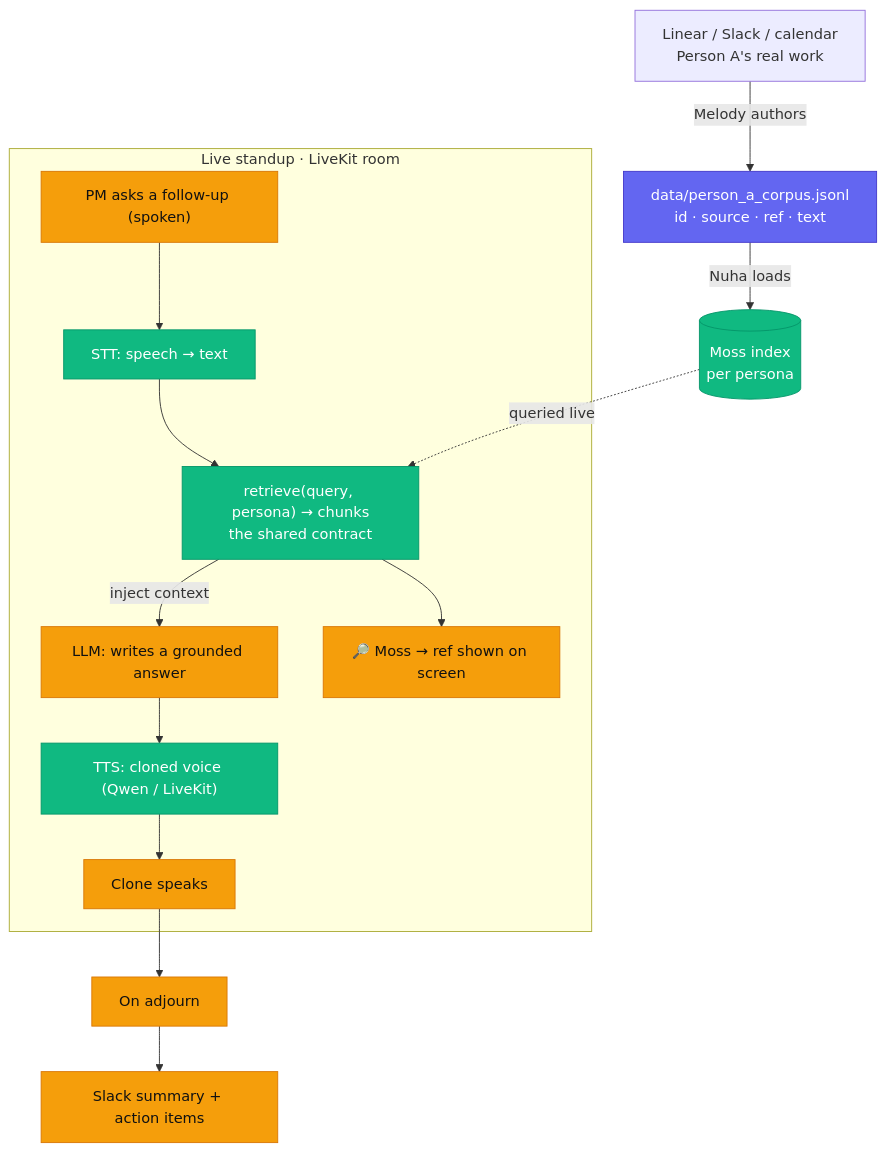
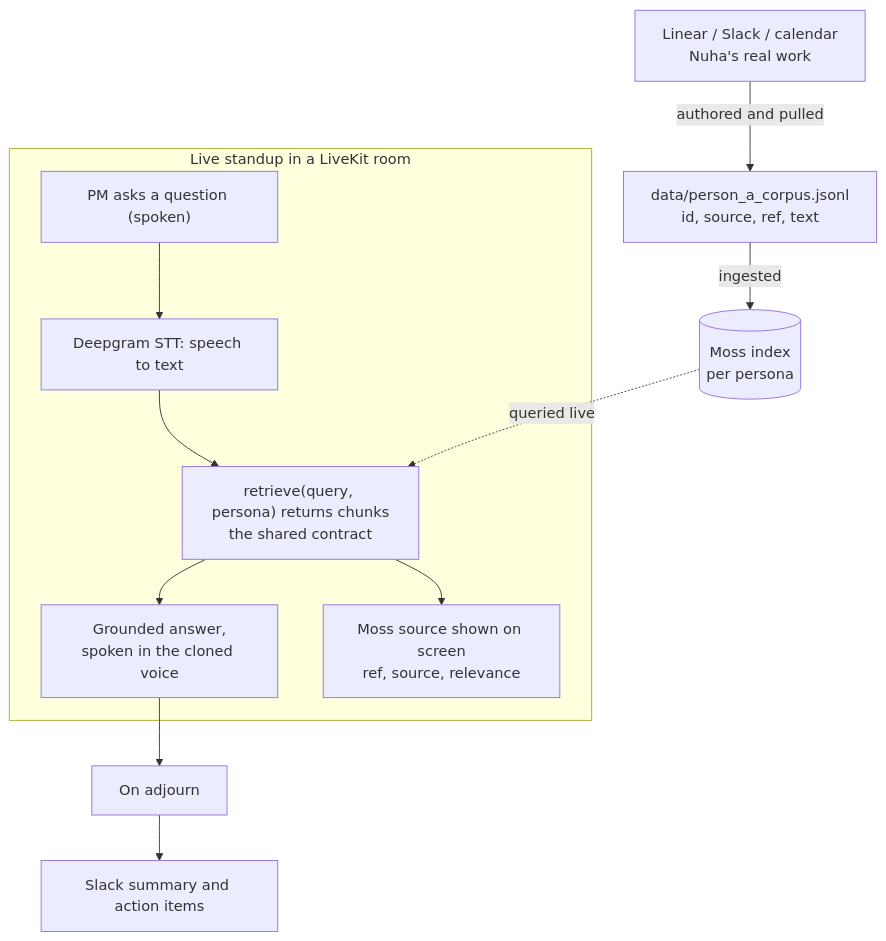
Before and after one commit to nuhamohamed/voiceai: the diagram in README.md, drawn with Mermaid. The commit also changed other lines of this file, not shown here.

Commit message:
docs(readme): update diagram to built architecture (Nuha persona), drop owner coding, strip all icons/non-ASCII

````diff
--- a/README.md
+++ b/README.md
@@ -19,33 +19,24 @@
 ```mermaid
 flowchart TB
-    src["Linear / Slack / calendar<br/>Person A's real work"]
-    corpus["data/person_a_corpus.jsonl<br/>id · source · ref · text"]
+    src["Linear / Slack / calendar<br/>Nuha's real work"]
+    corpus["data/person_a_corpus.jsonl<br/>id, source, ref, text"]
     moss[("Moss index<br/>per persona")]
 
-    src -->|Melody authors| corpus
-    corpus -->|Nuha loads| moss
+    src -->|authored and pulled| corpus
+    corpus -->|ingested| moss
 
-    subgraph room["Live standup · LiveKit room"]
-        pm["PM asks a follow-up (spoken)"]
-        stt["STT: speech → text"]
-        ret["retrieve(query, persona) → chunks<br/>the shared contract"]
-        llm["LLM: writes a grounded answer"]
-        tts["TTS: cloned voice (Qwen / LiveKit)"]
-        say["Clone speaks"]
-        trace["🔎 Moss → ref shown on screen"]
+    subgraph room["Live standup in a LiveKit room"]
+        pm["PM asks a question (spoken)"]
+        stt["Deepgram STT: speech to text"]
+        ret["retrieve(query, persona) returns chunks<br/>the shared contract"]
+        ans["Grounded answer,<br/>spoken in the cloned voice"]
+        trace["Moss source shown on screen<br/>ref, source, relevance"]
         pm --> stt --> ret
-        ret -->|inject context| llm --> tts --> say
+        ret --> ans
         ret --> trace
     end
 
     moss -.->|queried live| ret
-    say --> adj["On adjourn"]
-    adj --> slack["Slack summary + action items"]
-
-    classDef melody fill:#6366f1,stroke:#4338ca,color:#fff
-    classDef nuha fill:#10b981,stroke:#059669,color:#fff
-    classDef tony fill:#f59e0b,stroke:#d97706,color:#111
-    class corpus melody
-    class moss,ret,stt,tts nuha
-    class pm,llm,say,trace,adj,slack tony
+    ans --> adj["On adjourn"]
+    adj --> slack["Slack summary and action items"]
 ```
````
